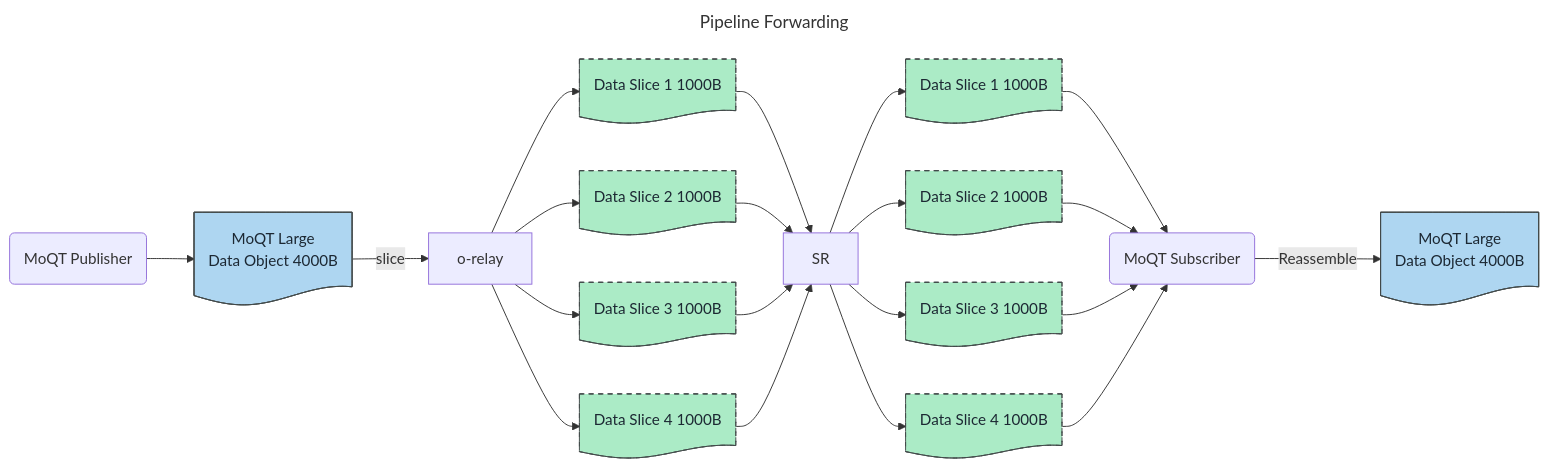
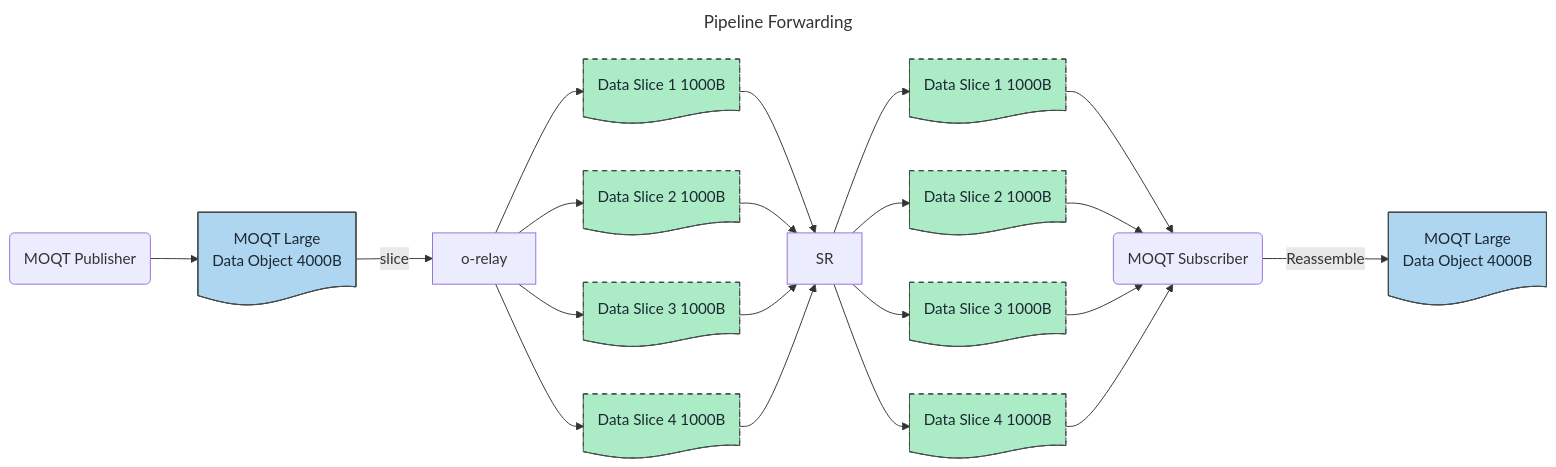
Before and after one commit to Quicr/laps: diagram 17 of 24 in docs/relay-protocol.md, drawn with Mermaid. The commit also changed other lines of this file, not shown here.

````diff
--- a/docs/relay-protocol.md
+++ b/docs/relay-protocol.md
@@ -915,51 +916,51 @@
 ```mermaid
 ---
 title: Pipeline Forwarding
 ---
 flowchart LR
-    P(MoQT Publisher) --> DO@{ shape: doc, label: "MoQT Large\nData Object 4000B" }
+    P(MOQT Publisher) --> DO@{ shape: doc, label: "MOQT Large\nData Object 4000B" }
     style DO fill:#AED6F1,stroke:#424949,stroke-width:1px,color:#1C2833
 
     DO -- "slice" --> OR[o-relay]
 
     D1@{ shape: doc, label: "Data Slice 1 1000B" }
     D2@{ shape: doc, label: "Data Slice 2 1000B" }
     D3@{ shape: doc, label: "Data Slice 3 1000B" }
     D4@{ shape: doc, label: "Data Slice 4 1000B" }
     style D1 fill:#ABEBC6,stroke:#424949,stroke-width:1px,color:#1C2833,stroke-dasharray: 5 5
     style D2 fill:#ABEBC6,stroke:#424949,stroke-width:1px,color:#1C2833,stroke-dasharray: 5 5
     style D3 fill:#ABEBC6,stroke:#424949,stroke-width:1px,color:#1C2833,stroke-dasharray: 5 5
     style D4 fill:#ABEBC6,stroke:#424949,stroke-width:1px,color:#1C2833,stroke-dasharray: 5 5
 
     OR --> D1
     OR --> D2
     OR --> D3
     OR --> D4
 
     D1 --> SR
     D2 --> SR
     D3 --> SR
     D4 --> SR
 
     Dd1@{ shape: doc, label: "Data Slice 1 1000B" }
     Dd2@{ shape: doc, label: "Data Slice 2 1000B" }
     Dd3@{ shape: doc, label: "Data Slice 3 1000B" }
     Dd4@{ shape: doc, label: "Data Slice 4 1000B" }
     style Dd1 fill:#ABEBC6,stroke:#424949,stroke-width:1px,color:#1C2833,stroke-dasharray: 5 5
     style Dd2 fill:#ABEBC6,stroke:#424949,stroke-width:1px,color:#1C2833,stroke-dasharray: 5 5
     style Dd3 fill:#ABEBC6,stroke:#424949,stroke-width:1px,color:#1C2833,stroke-dasharray: 5 5
     style Dd4 fill:#ABEBC6,stroke:#424949,stroke-width:1px,color:#1C2833,stroke-dasharray: 5 5
 
     SR --> Dd1
     SR --> Dd2
     SR --> Dd3
     SR --> Dd4
 
-    Dd1 --> S(MoQT Subscriber)
+    Dd1 --> S(MOQT Subscriber)
     Dd2 --> S
     Dd3 --> S
     Dd4 --> S
 
-    S -- Reassemble --> DdO@{ shape: doc, label: "MoQT Large\nData Object 4000B" }
+    S -- Reassemble --> DdO@{ shape: doc, label: "MOQT Large\nData Object 4000B" }
     style DdO fill:#AED6F1,stroke:#424949,stroke-width:1px,color:#1C2833
 ```
````
